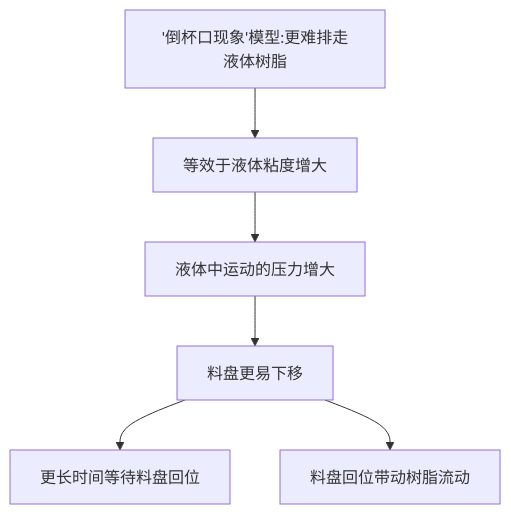
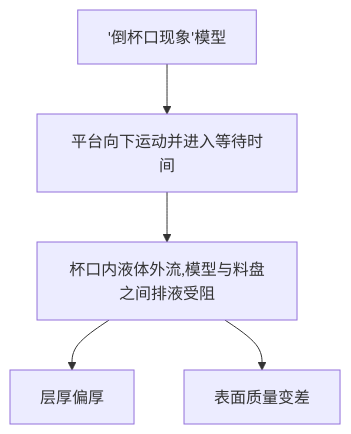
The diagram in 倒杯口问题分享.md (georglein123/Notiz), drawn with Mermaid before and after one commit. The commit also changed other lines of this file, not shown here.

````diff
--- a/倒杯口问题分享.md
+++ b/倒杯口问题分享.md
@@ -47,9 +29,8 @@
 ```mermaid
 graph TD
-'倒杯口现象'模型:更难排走液体树脂 --> 等效于液体粘度增大
-等效于液体粘度增大 --> 液体中运动的压力增大
-液体中运动的压力增大 --> 料盘更易下移
-料盘更易下移 --> 更长时间等待料盘回位
-料盘更易下移 --> 料盘回位带动树脂流动 
+'倒杯口现象'模型 --> 平台向下运动并进入等待时间
+平台向下运动并进入等待时间 --> 杯口内液体外流,模型与料盘之间排液受阻
+杯口内液体外流,模型与料盘之间排液受阻 --> 层厚偏厚
+杯口内液体外流,模型与料盘之间排液受阻 --> 表面质量变差
 
 ```
````
